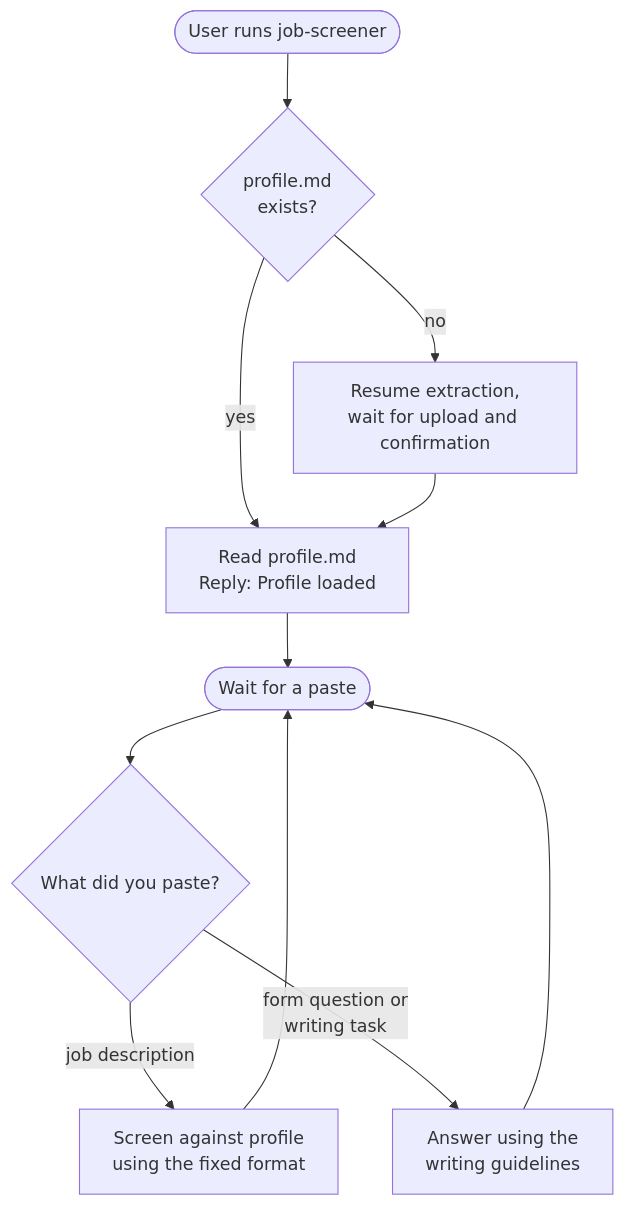
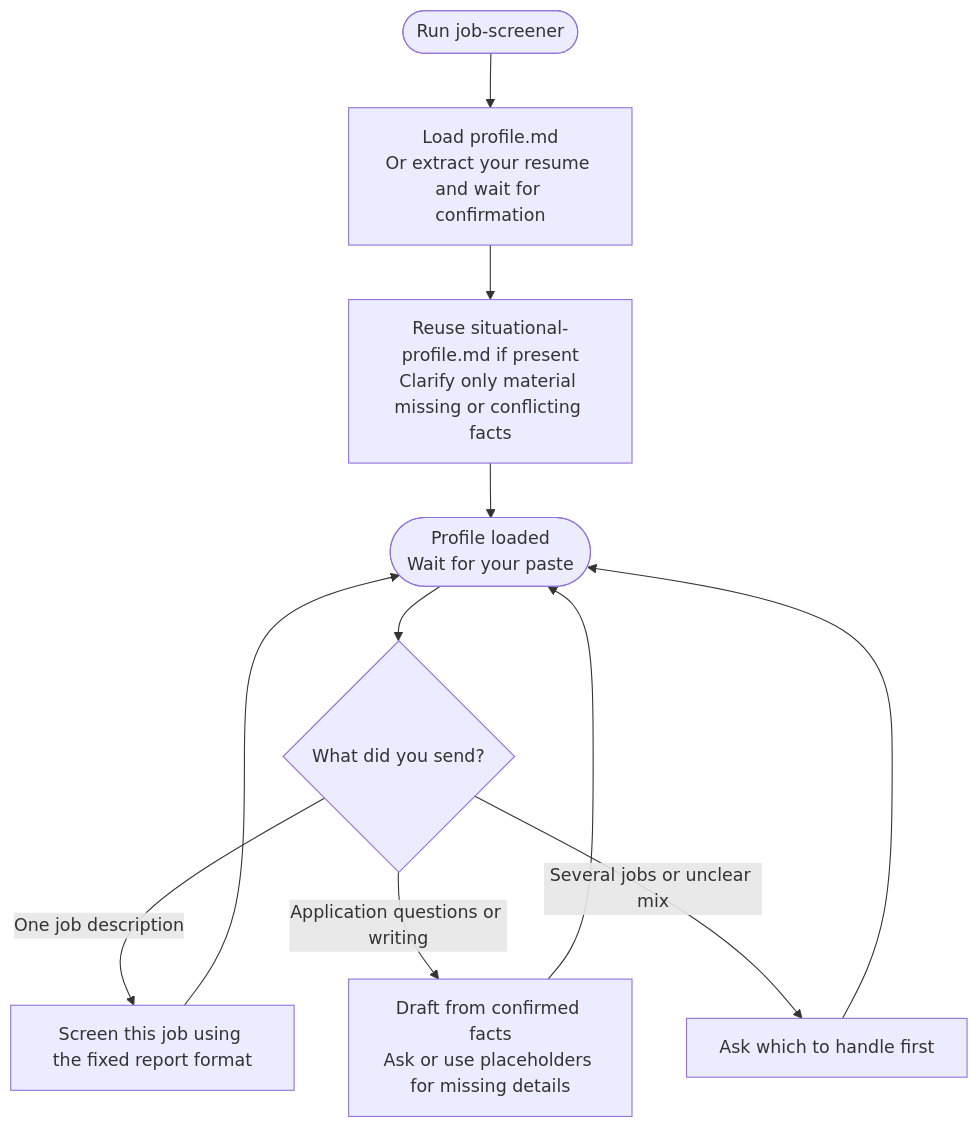
The diagram in docs/commands/job-screener.md (myowinthein/agent-compass), drawn with Mermaid before and after one commit. The commit also changed other lines of this file and 17 other files, not shown here.

Commit message:
docs(commands): simplify command guides and flow diagrams

````diff
--- a/docs/commands/job-screener.md
+++ b/docs/commands/job-screener.md
@@ -26,13 +24,13 @@
 ```mermaid
 flowchart TD
-  Start([User runs job-screener]) --> Profile{profile.md\nexists?}
-  Profile -->|no| Extract[Resume extraction,\nwait for upload and confirmation]
-  Profile -->|yes| Load[Read profile.md\nReply: Profile loaded]
-  Extract --> Load
-  Load --> Wait([Wait for a paste])
-  Wait --> Kind{What did you paste?}
-  Kind -->|job description| Screen[Screen against profile\nusing the fixed format]
-  Kind -->|form question or\nwriting task| Answer[Answer using the\nwriting guidelines]
+  Start(["Run job-screener"]) --> Profile["Load profile.md<br/>Or extract your resume and wait for confirmation"]
+  Profile --> Context["Reuse situational-profile.md if present<br/>Clarify only material missing or conflicting facts"]
+  Context --> Wait(["Profile loaded<br/>Wait for your paste"])
+  Wait --> Kind{"What did you send?"}
+  Kind -->|One job description| Screen["Screen this job using the fixed report format"]
+  Kind -->|Application questions or writing| Draft["Draft from confirmed facts<br/>Ask or use placeholders for missing details"]
+  Kind -->|Several jobs or unclear mix| Ask["Ask which to handle first"]
   Screen --> Wait
-  Answer --> Wait
+  Draft --> Wait
+  Ask --> Wait
 ```
````
